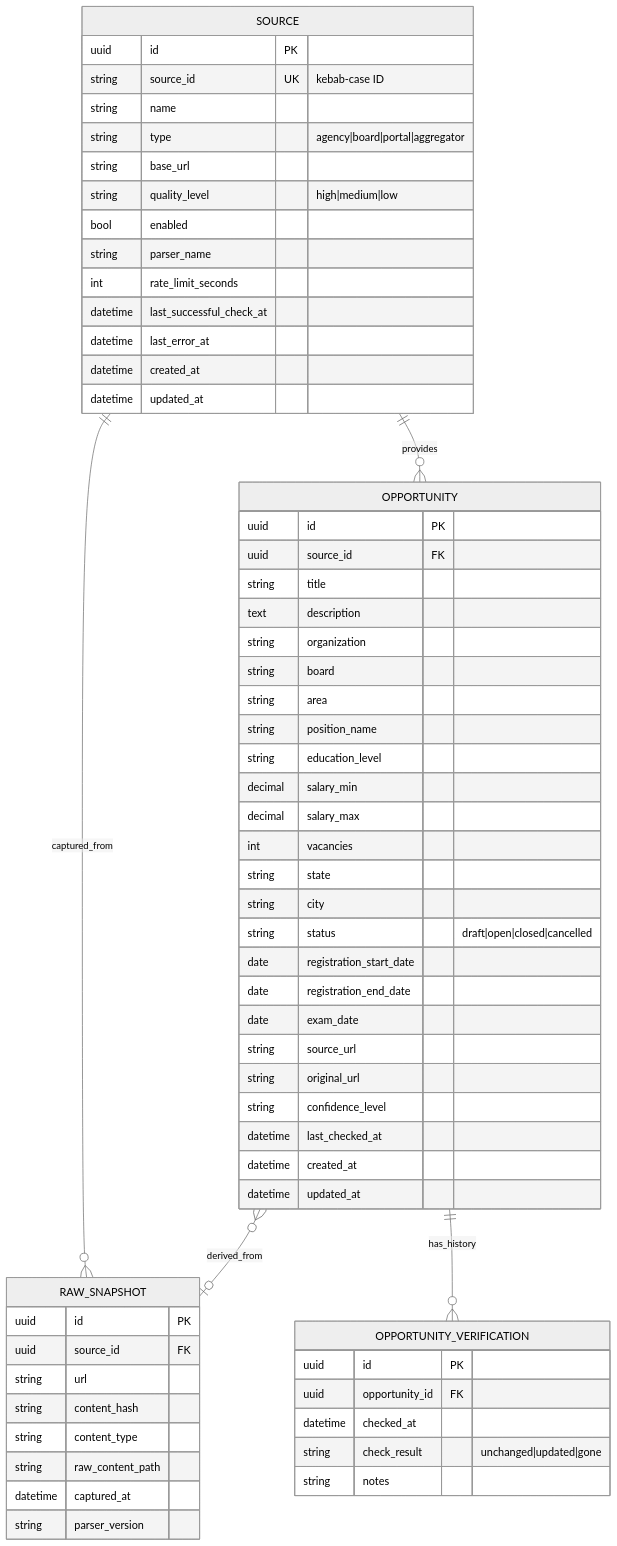
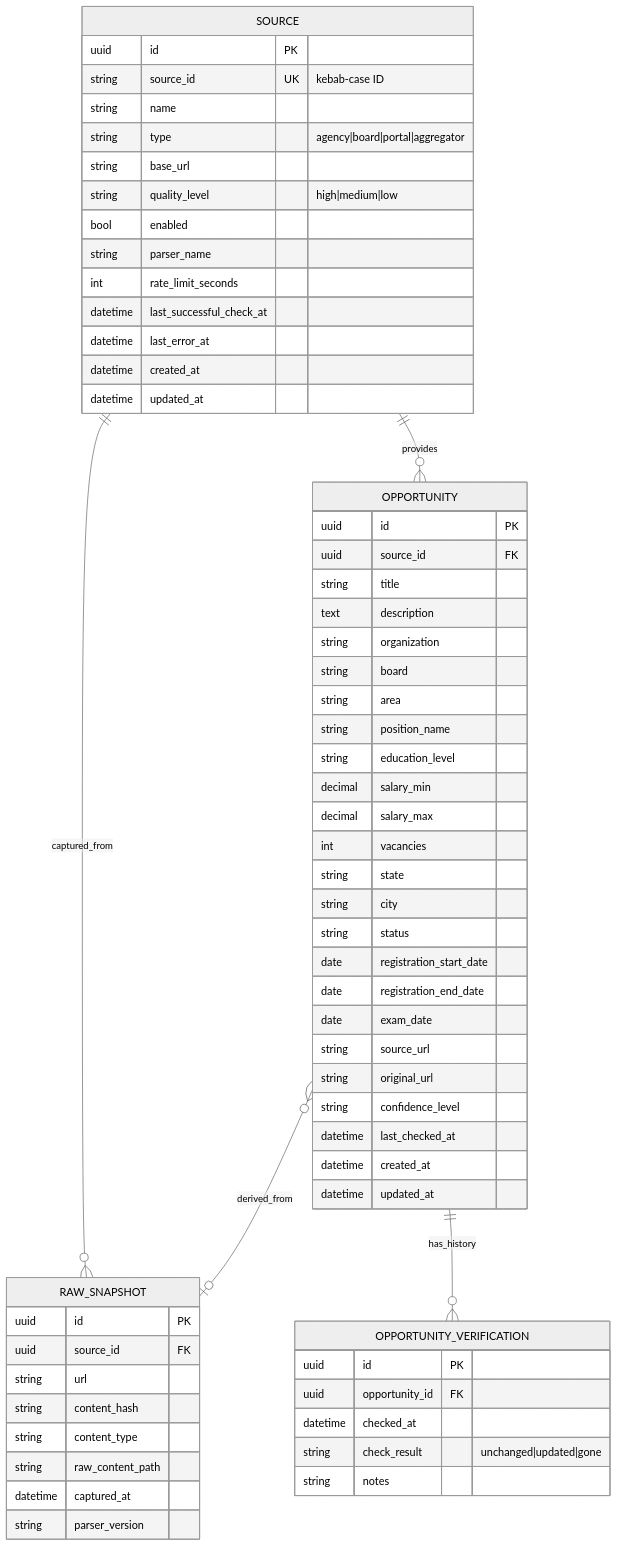
The second of 2 diagrams in docs/TECH_FOUNDATION.md (merlinfachetti/civic-radar), drawn with Mermaid (neutral theme) before and after one commit. The commit also changed other lines of this file and 17 other files, not shown here.

````diff
--- a/docs/TECH_FOUNDATION.md
+++ b/docs/TECH_FOUNDATION.md
@@ -142,69 +143,69 @@
 ```mermaid
 erDiagram
     SOURCE ||--o{ OPPORTUNITY : provides
     SOURCE ||--o{ RAW_SNAPSHOT : captured_from
     OPPORTUNITY }o--o| RAW_SNAPSHOT : derived_from
     OPPORTUNITY ||--o{ OPPORTUNITY_VERIFICATION : has_history
 
     SOURCE {
         uuid id PK
         string source_id UK "kebab-case ID"
         string name
         string type "agency|board|portal|aggregator"
         string base_url
         string quality_level "high|medium|low"
         bool enabled
         string parser_name
         int rate_limit_seconds
         datetime last_successful_check_at
         datetime last_error_at
         datetime created_at
         datetime updated_at
     }
 
     OPPORTUNITY {
         uuid id PK
         uuid source_id FK
         string title
         text description
         string organization
         string board
         string area
         string position_name
         string education_level
         decimal salary_min
         decimal salary_max
         int vacancies
         string state
         string city
-        string status "draft|open|closed|cancelled"
+        string status
         date registration_start_date
         date registration_end_date
         date exam_date
         string source_url
         string original_url
         string confidence_level
         datetime last_checked_at
         datetime created_at
         datetime updated_at
     }
 
     RAW_SNAPSHOT {
         uuid id PK
         uuid source_id FK
         string url
         string content_hash
         string content_type
         string raw_content_path
         datetime captured_at
         string parser_version
     }
 
     OPPORTUNITY_VERIFICATION {
         uuid id PK
         uuid opportunity_id FK
         datetime checked_at
         string check_result "unchanged|updated|gone"
         string notes
     }
 ```
````
